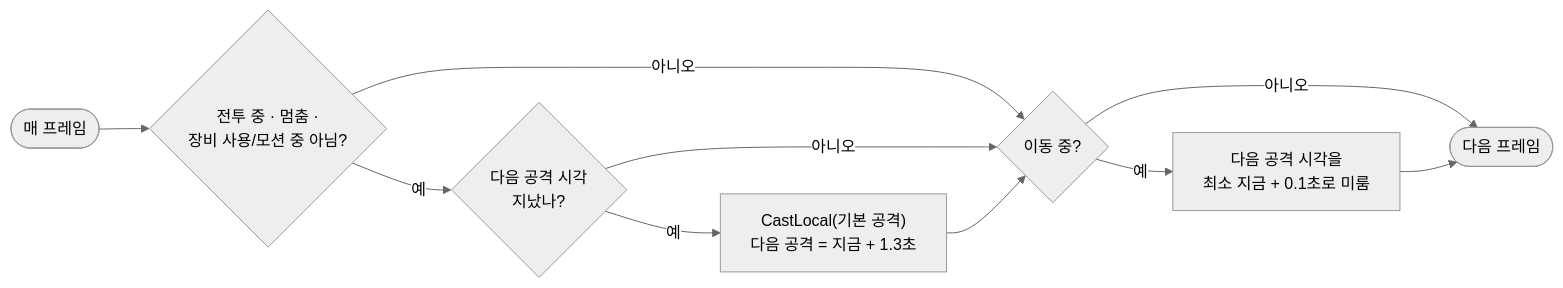
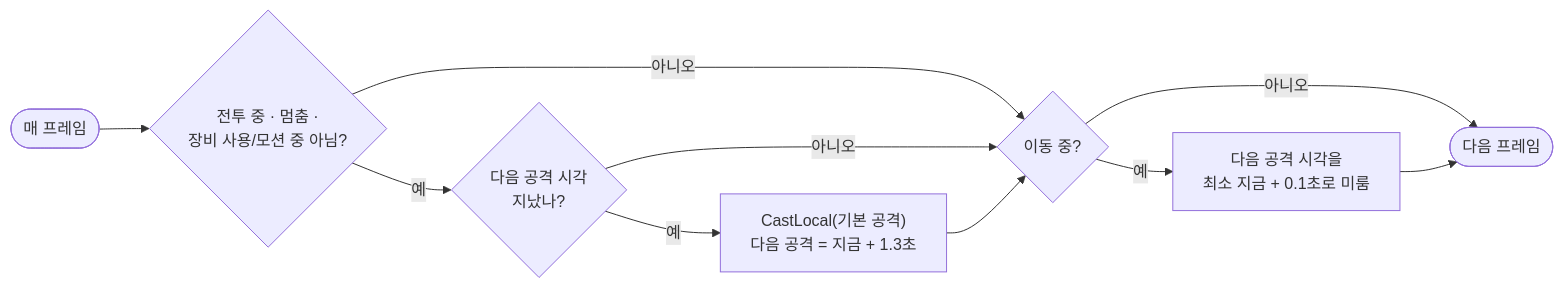
The fourth of 12 diagrams in src/1-yggdrasil/기술문서.md (Gryphon34/portfolio-template), drawn with Mermaid before and after one commit. The commit also changed other lines of this file and 6 other files, not shown here.

````diff
--- a/src/1-yggdrasil/기술문서.md
+++ b/src/1-yggdrasil/기술문서.md
@@ -272,13 +254,12 @@
 ```mermaid
-%%{init: {'theme':'neutral'}}%%
 flowchart LR
     F([매 프레임]) --> C{"전투 중 · 멈춤 ·<br/>장비 사용/모션 중 아님?"}
     C -- 예 --> T{"다음 공격 시각<br/>지났나?"}
     T -- 예 --> A["CastLocal(기본 공격)<br/>다음 공격 = 지금 + 1.3초"]
     C -- 아니오 --> M
     T -- 아니오 --> M
     A --> M{"이동 중?"}
     M -- 예 --> D["다음 공격 시각을<br/>최소 지금 + 0.1초로 미룸"]
     M -- 아니오 --> N([다음 프레임])
     D --> N
 ```
````
